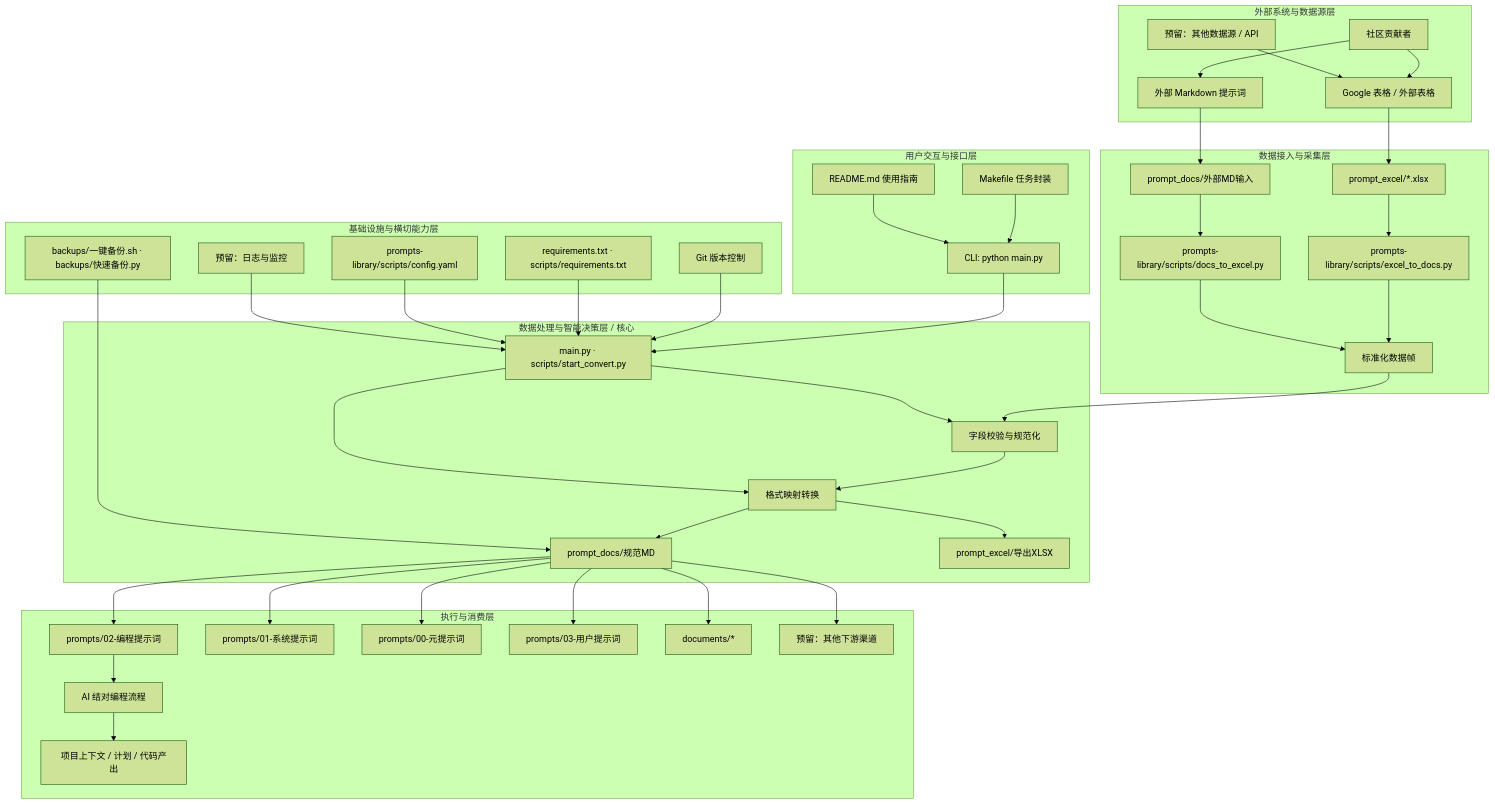
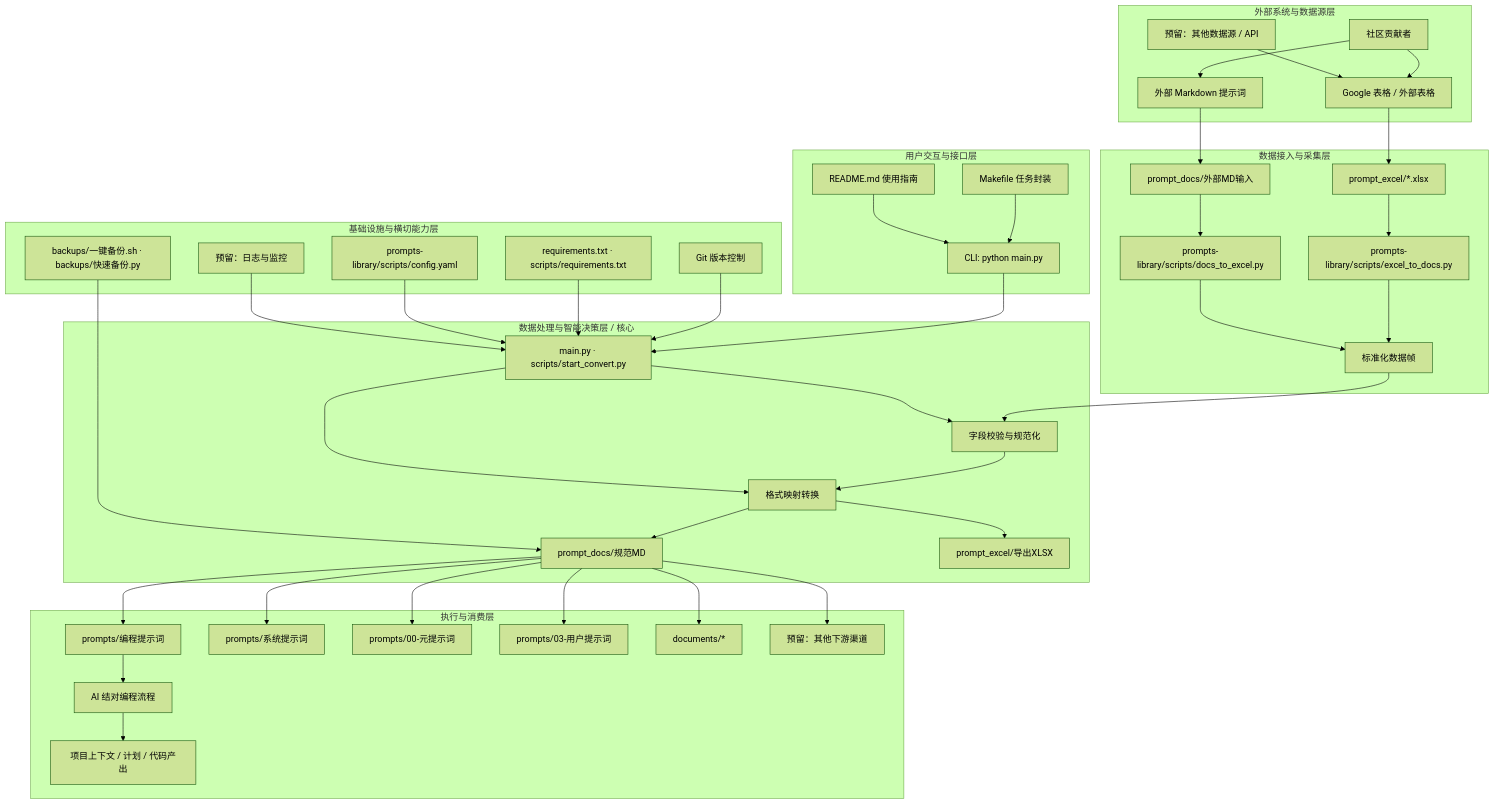
One commit to tradecatlabs/vibe-coding-cn changed the first of 2 diagrams in README.md. Above: the diagram before and after it, drawn with Mermaid (forest theme). The commit also changed other lines of this file, not shown here.

````diff
--- a/README.md
+++ b/README.md
@@ -485,62 +485,62 @@
 ```mermaid
 graph TB
   %% GitHub 兼容简化版（仅使用基础语法）
 
   subgraph ext_layer[外部系统与数据源层]
     ext_contrib[社区贡献者]
     ext_sheet[Google 表格 / 外部表格]
     ext_md[外部 Markdown 提示词]
     ext_api[预留：其他数据源 / API]
     ext_contrib --> ext_sheet
     ext_contrib --> ext_md
     ext_api --> ext_sheet
   end
 
   subgraph ingest_layer[数据接入与采集层]
     excel_raw[prompt_excel/*.xlsx]
     md_raw[prompt_docs/外部MD输入]
     excel_to_docs[prompts-library/scripts/excel_to_docs.py]
     docs_to_excel[prompts-library/scripts/docs_to_excel.py]
     ingest_bus[标准化数据帧]
     ext_sheet --> excel_raw
     ext_md --> md_raw
     excel_raw --> excel_to_docs
     md_raw --> docs_to_excel
     excel_to_docs --> ingest_bus
     docs_to_excel --> ingest_bus
   end
 
   subgraph core_layer[数据处理与智能决策层 / 核心]
     ingest_bus --> validate[字段校验与规范化]
     validate --> transform[格式映射转换]
     transform --> artifacts_md[prompt_docs/规范MD]
     transform --> artifacts_xlsx[prompt_excel/导出XLSX]
     orchestrator[main.py · scripts/start_convert.py] --> validate
     orchestrator --> transform
   end
 
   subgraph consume_layer[执行与消费层]
-    artifacts_md --> catalog_coding[prompts/02-编程提示词]
-    artifacts_md --> catalog_system[prompts/01-系统提示词]
+    artifacts_md --> catalog_coding[prompts/编程提示词]
+    artifacts_md --> catalog_system[prompts/系统提示词]
     artifacts_md --> catalog_meta[prompts/00-元提示词]
     artifacts_md --> catalog_user[prompts/03-用户提示词]
     artifacts_md --> docs_repo[documents/*]
     artifacts_md --> new_consumer[预留：其他下游渠道]
     catalog_coding --> ai_flow[AI 结对编程流程]
     ai_flow --> deliverables[项目上下文 / 计划 / 代码产出]
   end
 
   subgraph ux_layer[用户交互与接口层]
     cli[CLI: python main.py] --> orchestrator
     makefile[Makefile 任务封装] --> cli
     readme[README.md 使用指南] --> cli
   end
 
   subgraph infra_layer[基础设施与横切能力层]
     git[Git 版本控制] --> orchestrator
     backups[backups/一键备份.sh · backups/快速备份.py] --> artifacts_md
     deps[requirements.txt · scripts/requirements.txt] --> orchestrator
     config[prompts-library/scripts/config.yaml] --> orchestrator
     monitor[预留：日志与监控] --> orchestrator
   end
 ```
````
